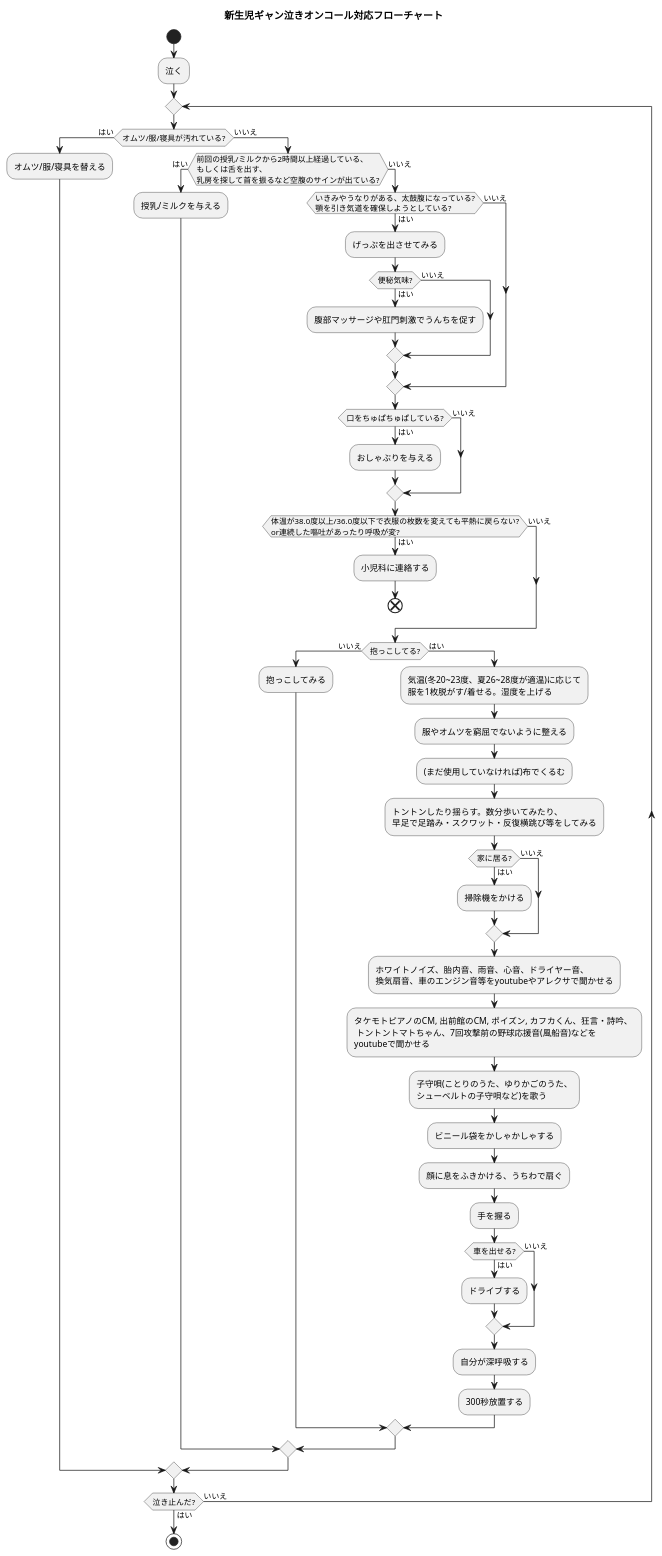
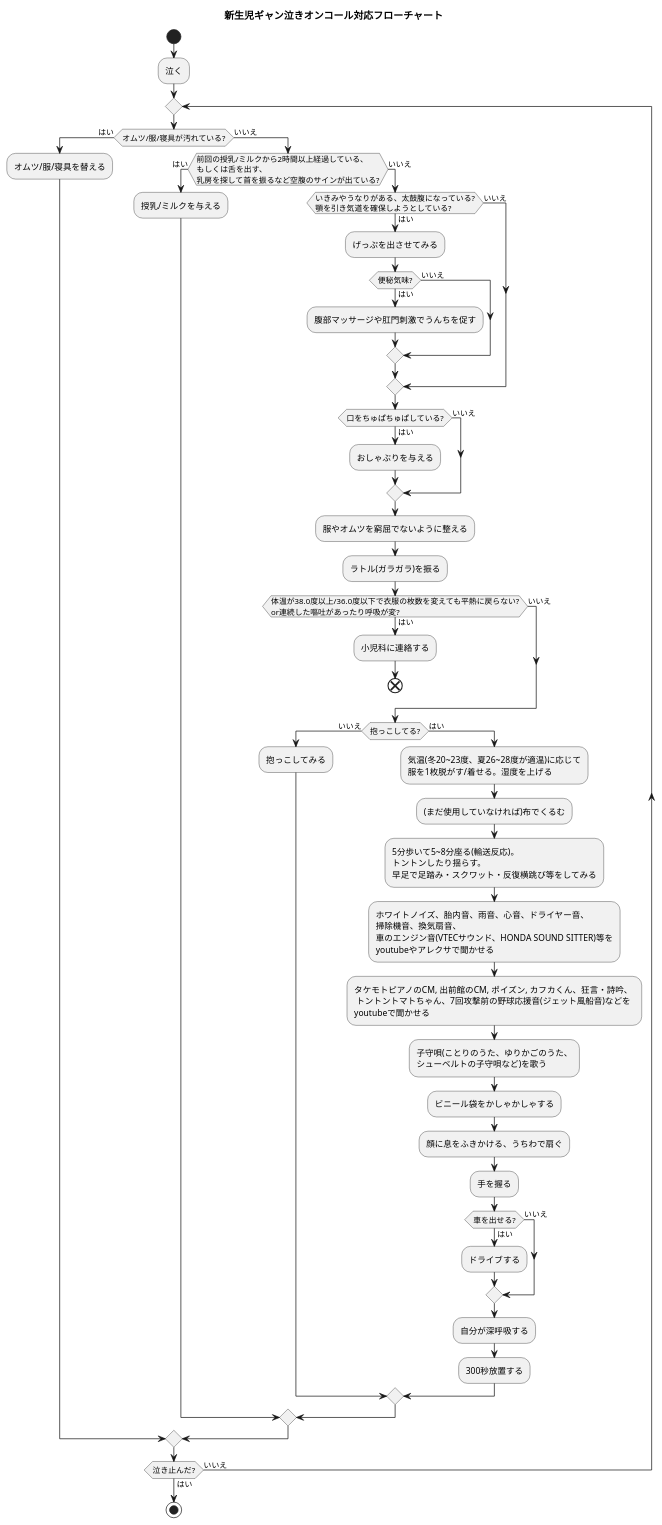
The diagram in flowchart.puml (dakimura/gyan-crying-oncall-playbook), drawn with PlantUML before and after one commit. The commit also changed 3 other files, not shown here.

```diff
--- a/flowchart.puml
+++ b/flowchart.puml
@@ -1,63 +1,60 @@
 @startuml
 
 'test
 title 新生児ギャン泣きオンコール対応フローチャート
 start
 
 :泣く;
 
 repeat;
   if (オムツ/服/寝具が汚れている?) then (はい)
     :オムツ/服/寝具を替える;
   else (いいえ)
     if (前回の授乳/ミルクから2時間以上経過している、\nもしくは舌を出す、\n乳房を探して首を振るなど空腹のサインが出ている?) then (はい)
       :授乳/ミルクを与える;
     else (いいえ)
       if (いきみやうなりがある、太鼓腹になっている?\n顎を引き気道を確保しようとしている?) then (はい)
         :げっぷを出させてみる;
         if (便秘気味?) then (はい)
           :腹部マッサージや肛門刺激でうんちを促す;
         else (いいえ)
         endif
       else (いいえ)
       endif
       if (口をちゅぱちゅぱしている?) then (はい)
         :おしゃぶりを与える;
       else (いいえ)
       endif
+      :服やオムツを窮屈でないように整える;
+      :ラトル(ガラガラ)を振る;
       if (体温が38.0度以上/36.0度以下で衣服の枚数を変えても平熱に戻らない?\nor連続した嘔吐があったり呼吸が変?) then (はい)
         :小児科に連絡する;
         end
       else (いいえ)
       endif
       if (抱っこしてる?) then (いいえ)
         :抱っこしてみる;
       else (はい)
         :気温(冬20~23度、夏26~28度が適温)に応じて\n服を1枚脱がす/着せる。湿度を上げる;
-        :服やオムツを窮屈でないように整える;
         :(まだ使用していなければ)布でくるむ;
-        :トントンしたり揺らす。数分歩いてみたり、\n早足で足踏み・スクワット・反復横跳び等をしてみる;
-        if (家に居る?) then (はい)
-          :掃除機をかける;
-        else (いいえ)
-        endif
-        :ホワイトノイズ、胎内音、雨音、心音、ドライヤー音、\n換気扇音、車のエンジン音等をyoutubeやアレクサで聞かせる;
-        :タケモトピアノのCM, 出前館のCM, ポイズン, カフカくん、狂言・詩吟、 \n トントントマトちゃん、7回攻撃前の野球応援音(風船音)などを\nyoutubeで聞かせる;
+        :5分歩いて5~8分座る(輸送反応)。\nトントンしたり揺らす。\n早足で足踏み・スクワット・反復横跳び等をしてみる;
+        :ホワイトノイズ、胎内音、雨音、心音、ドライヤー音、\n掃除機音、換気扇音、\n車のエンジン音(VTECサウンド、HONDA SOUND SITTER)等を\nyoutubeやアレクサで聞かせる;
+        :タケモトピアノのCM, 出前館のCM, ポイズン, カフカくん、狂言・詩吟、 \n トントントマトちゃん、7回攻撃前の野球応援音(ジェット風船音)などを\nyoutubeで聞かせる;
         :子守唄(ことりのうた、ゆりかごのうた、\nシューベルトの子守唄など)を歌う;
         :ビニール袋をかしゃかしゃする;
         :顔に息をふきかける、うちわで扇ぐ;
         :手を握る;
         if (車を出せる?) then (はい)
           :ドライブする;
         else (いいえ)
         endif
         :自分が深呼吸する;
         :300秒放置する;
       endif
     endif
   endif
 repeat while (泣き止んだ?) is (いいえ) not (はい)
 
 stop
 
 @enduml
```
